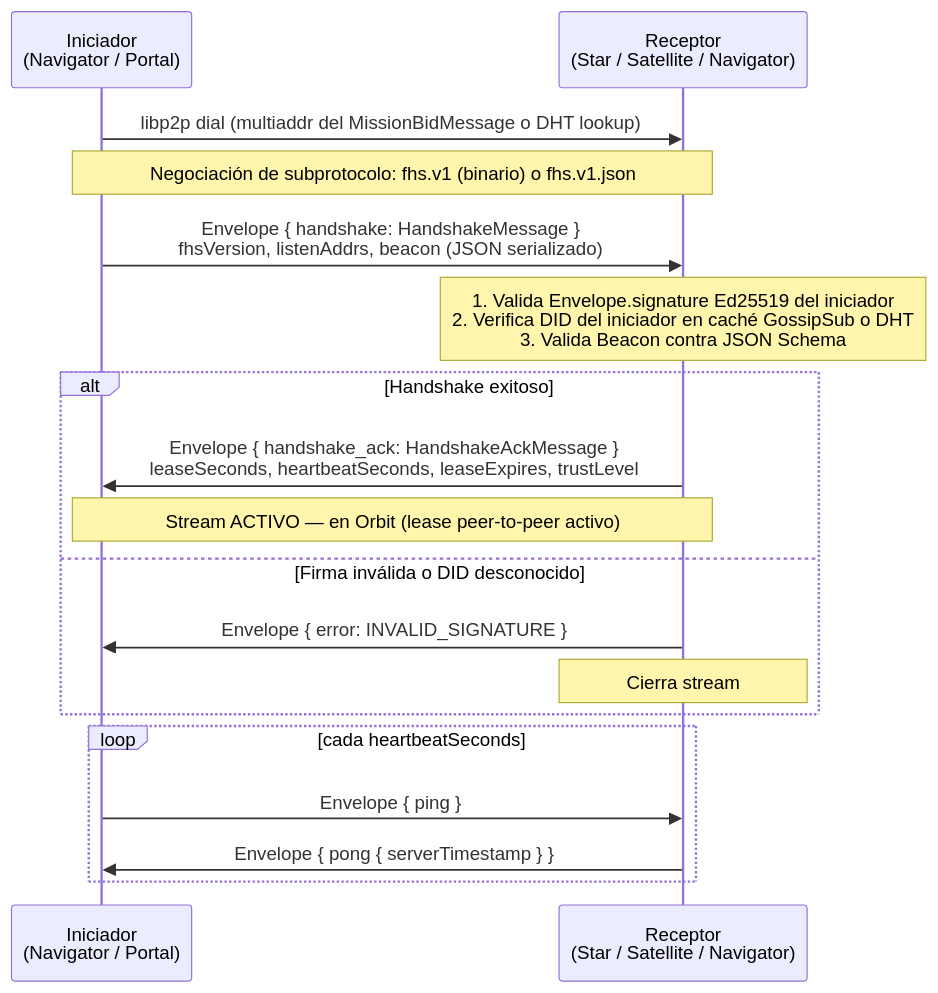
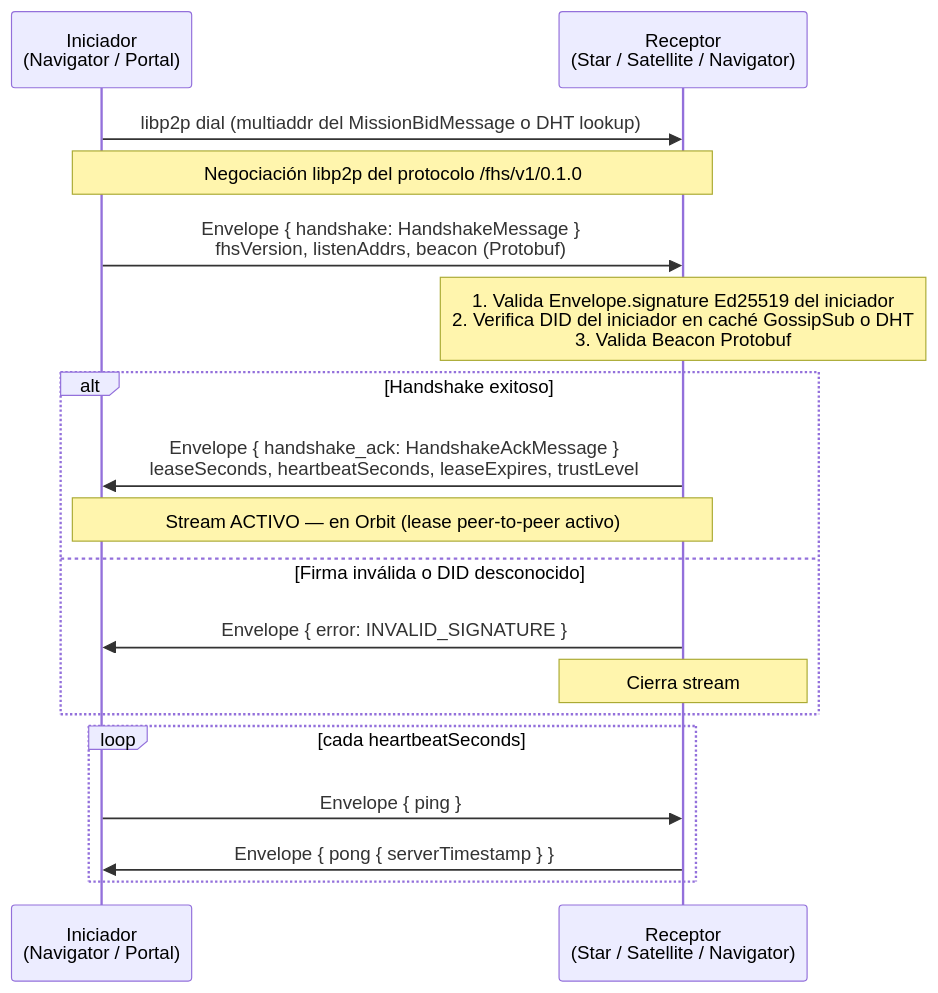
Before and after one commit to rafex/galaxIA: the first of 3 diagrams in docs/handshake.md, drawn with Mermaid. The commit also changed other lines of this file and 32 other files, not shown here.

Commit message:
feat(protocol): enforce libp2p-only protobuf wire

````diff
--- a/docs/handshake.md
+++ b/docs/handshake.md
@@ -15,25 +15,25 @@
 ```mermaid
 sequenceDiagram
     participant I as Iniciador<br/>(Navigator / Portal)
     participant R as Receptor<br/>(Star / Satellite / Navigator)
 
     I->>R: libp2p dial (multiaddr del MissionBidMessage o DHT lookup)
-    note over I,R: Negociación de subprotocolo: fhs.v1 (binario) o fhs.v1.json
+    note over I,R: Negociación libp2p del protocolo /fhs/v1/0.1.0
 
-    I->>R: Envelope { handshake: HandshakeMessage }<br/>fhsVersion, listenAddrs, beacon (JSON serializado)
+    I->>R: Envelope { handshake: HandshakeMessage }<br/>fhsVersion, listenAddrs, beacon (Protobuf)
 
-    note over R: 1. Valida Envelope.signature Ed25519 del iniciador<br/>2. Verifica DID del iniciador en caché GossipSub o DHT<br/>3. Valida Beacon contra JSON Schema
+    note over R: 1. Valida Envelope.signature Ed25519 del iniciador<br/>2. Verifica DID del iniciador en caché GossipSub o DHT<br/>3. Valida Beacon Protobuf
 
     alt Handshake exitoso
         R->>I: Envelope { handshake_ack: HandshakeAckMessage }<br/>leaseSeconds, heartbeatSeconds, leaseExpires, trustLevel
         note over I,R: Stream ACTIVO — en Orbit (lease peer-to-peer activo)
     else Firma inválida o DID desconocido
         R->>I: Envelope { error: INVALID_SIGNATURE }
         note over R: Cierra stream
     end
 
     loop cada heartbeatSeconds
         I->>R: Envelope { ping }
         R->>I: Envelope { pong { serverTimestamp } }
     end
 ```
````
